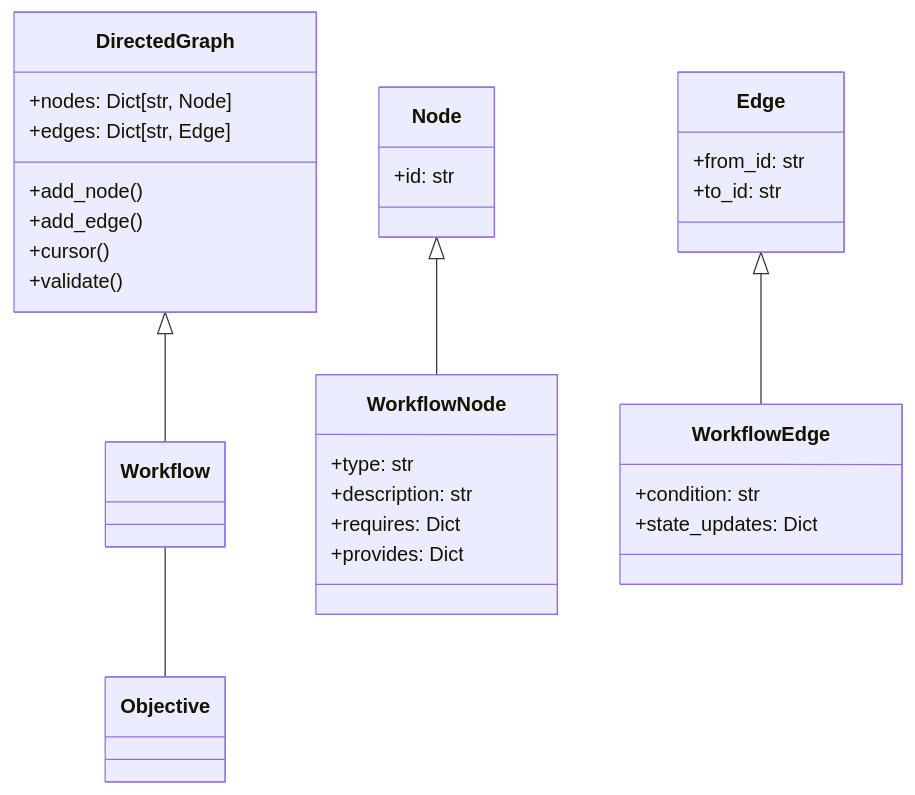
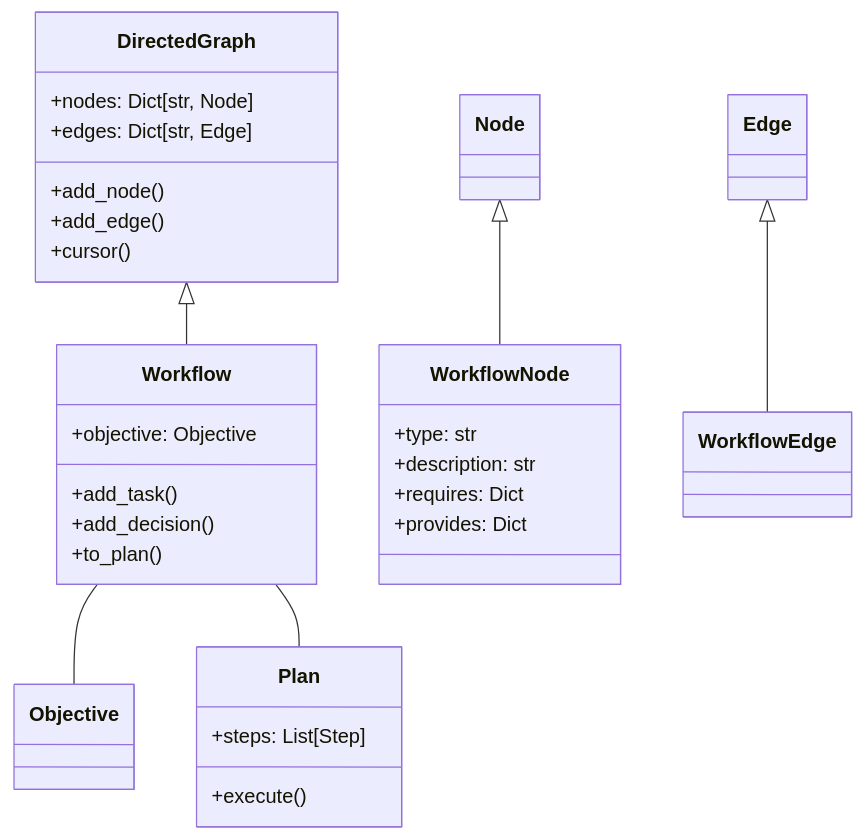
One commit to aitomatic/dana changed the second of 2 diagrams in dxa/core/workflow/README.md. Above: the diagram before and after it, drawn with Mermaid. The commit also changed other lines of this file, not shown here.

````diff
--- a/dxa/core/workflow/README.md
+++ b/dxa/core/workflow/README.md
@@ -218,37 +62,35 @@
 ```mermaid
 classDiagram
     DirectedGraph <|-- Workflow
     Node <|-- WorkflowNode
     Edge <|-- WorkflowEdge
     Workflow -- Objective
+    Workflow -- Plan
     
     class DirectedGraph{
         +nodes: Dict[str, Node]
         +edges: Dict[str, Edge]
         +add_node()
         +add_edge()
         +cursor()
-        +validate()
     }
     
-    class Node{
-        +id: str
-    }
-    
-    class Edge{
-        +from_id: str
-        +to_id: str
+    class Workflow{
+        +objective: Objective
+        +add_task()
+        +add_decision()
+        +to_plan()
     }
     
     class WorkflowNode{
         +type: str
         +description: str
         +requires: Dict
         +provides: Dict
     }
     
-    class WorkflowEdge{
-        +condition: str
-        +state_updates: Dict
+    class Plan{
+        +steps: List[Step]
+        +execute()
     }
 ```
````
